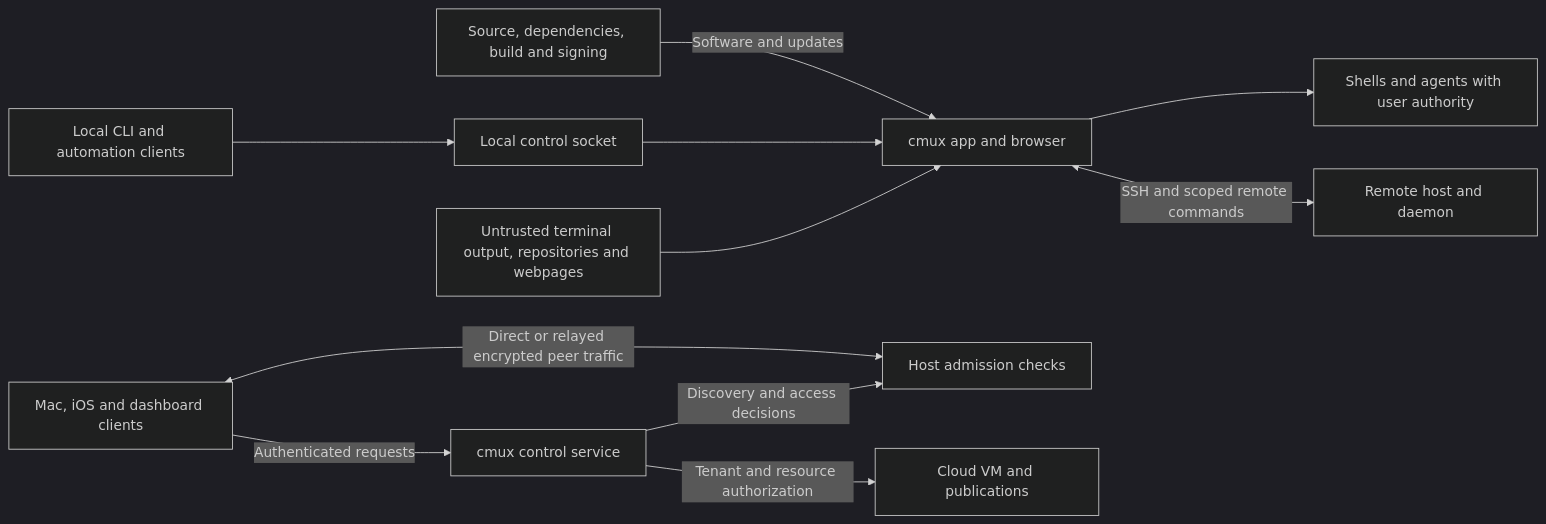
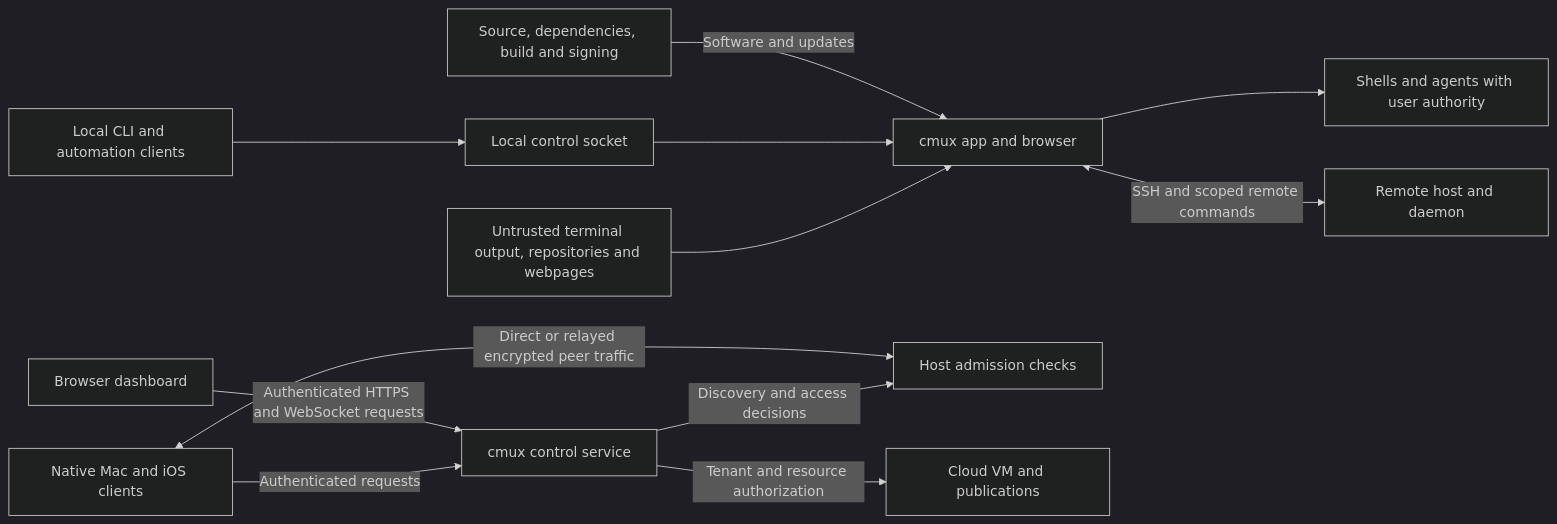
One commit to manaflow-ai/cmux changed the diagram in docs/security/threat-model.md. Above: the diagram before and after it, drawn with Mermaid (dark theme). The commit also changed 1 other file, not shown here.

Commit message:
docs: distinguish dashboard and native security boundaries

````diff
--- a/docs/security/threat-model.md
+++ b/docs/security/threat-model.md
@@ -41,13 +41,14 @@
 ```mermaid
 flowchart LR
     Content[Untrusted terminal output, repositories and webpages] --> App[cmux app and browser]
     Local[Local CLI and automation clients] --> Socket[Local control socket]
     Socket --> App
     App --> Shell[Shells and agents with user authority]
     App <-->|SSH and scoped remote commands| Remote[Remote host and daemon]
-    Clients[Mac, iOS and dashboard clients] -->|Authenticated requests| Control[cmux control service]
+    Clients[Native Mac and iOS clients] -->|Authenticated requests| Control[cmux control service]
+    Dashboard[Browser dashboard] -->|Authenticated HTTPS and WebSocket requests| Control
     Control -->|Discovery and access decisions| Host[Host admission checks]
     Clients <-->|Direct or relayed encrypted peer traffic| Host
     Control -->|Tenant and resource authorization| VM[Cloud VM and publications]
     Build[Source, dependencies, build and signing] -->|Software and updates| App
 ```
````
